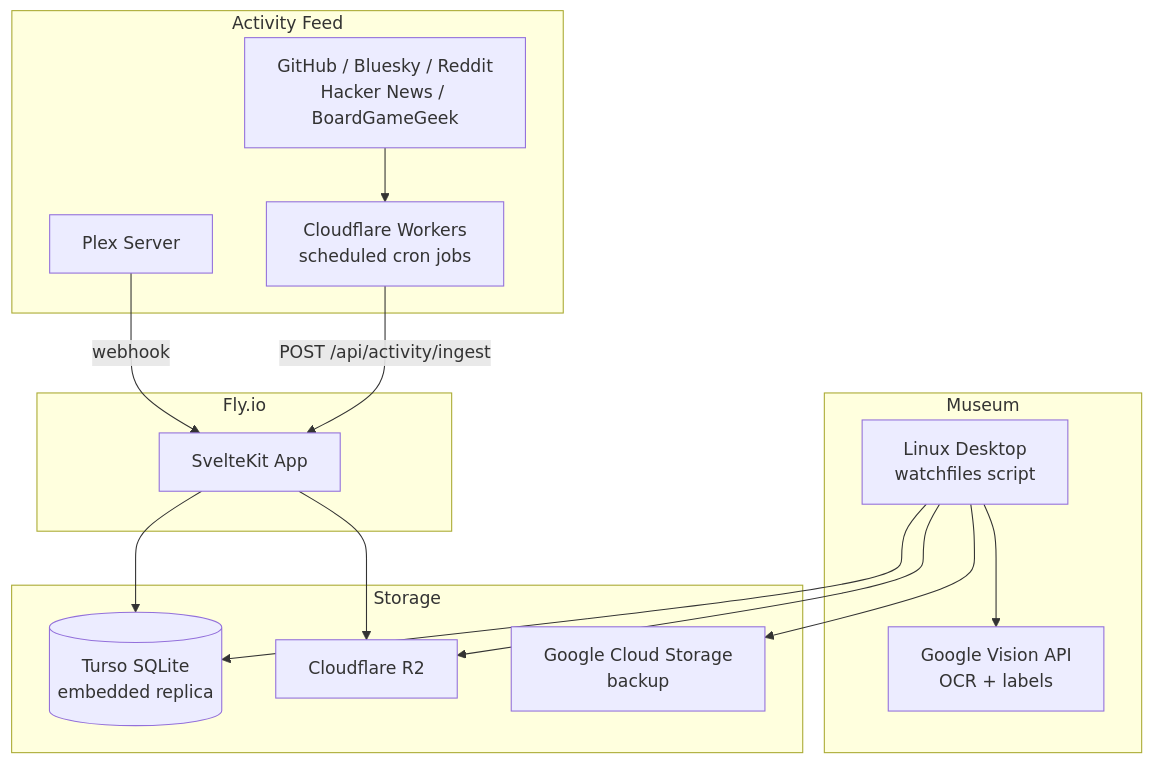
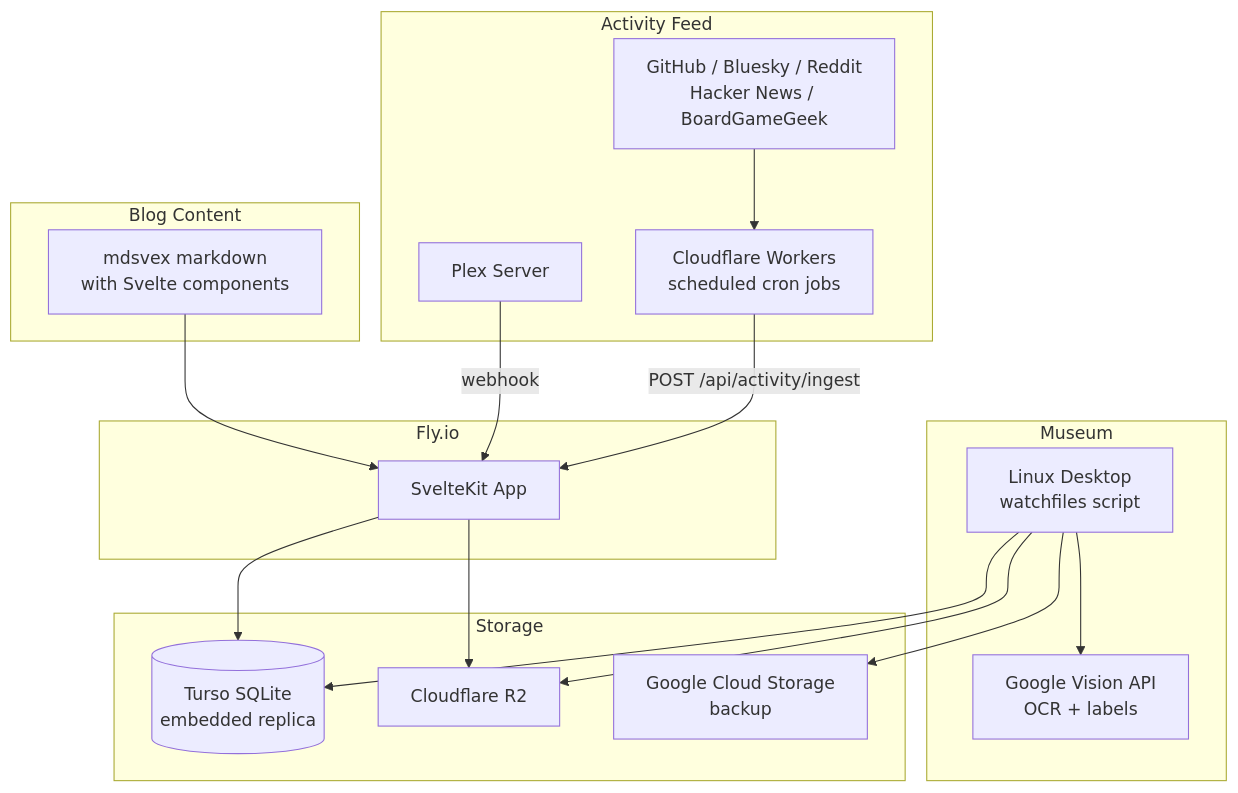
Before and after one commit to snide/davesnider.com: the diagram in README.md, drawn with Mermaid. The commit also changed 1 other file, not shown here.

````diff
--- a/README.md
+++ b/README.md
@@ -11,35 +11,40 @@
 ```mermaid
 graph TB
     subgraph Activity["Activity Feed"]
         APIS[GitHub / Bluesky / Reddit<br/>Hacker News / BoardGameGeek]
         WORKERS[Cloudflare Workers<br/>scheduled cron jobs]
         PLEX[Plex Server]
     end
 
     subgraph Museum["Museum"]
         WATCH[Linux Desktop<br/>watchfiles script]
         VISION[Google Vision API<br/>OCR + labels]
+    end
+
+    subgraph Content["Blog Content"]
+        MDSVEX[mdsvex markdown<br/>with Svelte components]
     end
 
     subgraph FLY["Fly.io"]
         APP[SvelteKit App]
     end
 
     subgraph Storage
         TURSO[(Turso SQLite<br/>embedded replica)]
         R2[Cloudflare R2]
         GCS[Google Cloud Storage<br/>backup]
     end
 
     APIS --> WORKERS
     WORKERS -->|POST /api/activity/ingest| APP
     PLEX -->|webhook| APP
 
     WATCH --> VISION
     WATCH --> R2
     WATCH --> GCS
     WATCH --> TURSO
 
+    MDSVEX --> APP
     APP --> TURSO
     APP --> R2
 ```
````
